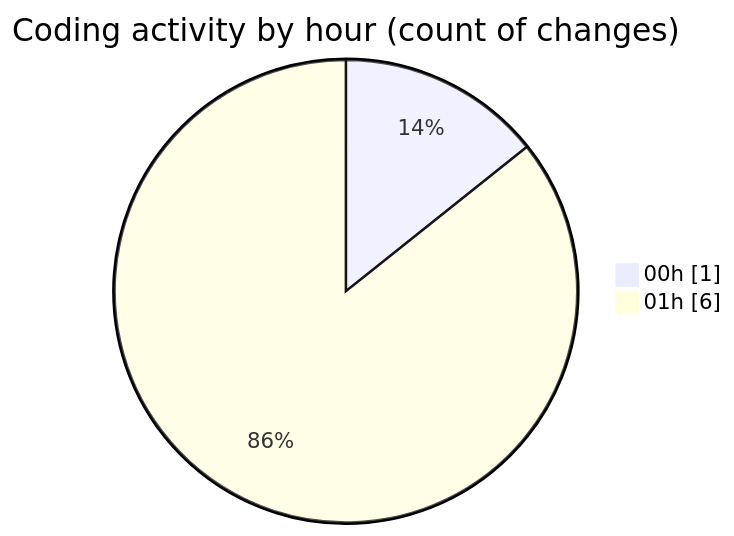
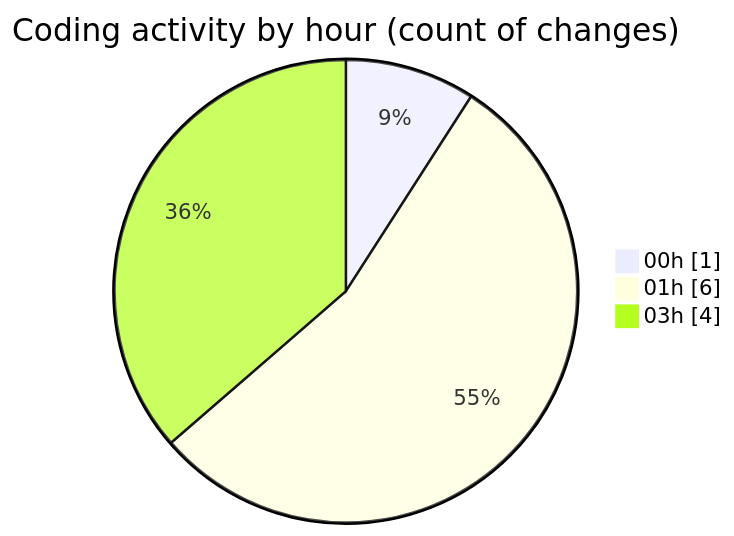
One commit to Netris89/code-tracking changed the second of 2 diagrams in 2025-08-03/data/README.md. Above: the diagram before and after it, drawn with Mermaid. The commit also changed other lines of this file and 1 other file, not shown here.

````diff
--- a/2025-08-03/data/README.md
+++ b/2025-08-03/data/README.md
@@ -28,6 +30,7 @@
 ```mermaid
 pie showData
 title Coding activity by hour (count of changes)
 "00h" : 1
 "01h" : 6
+"03h" : 4
 ```
````
